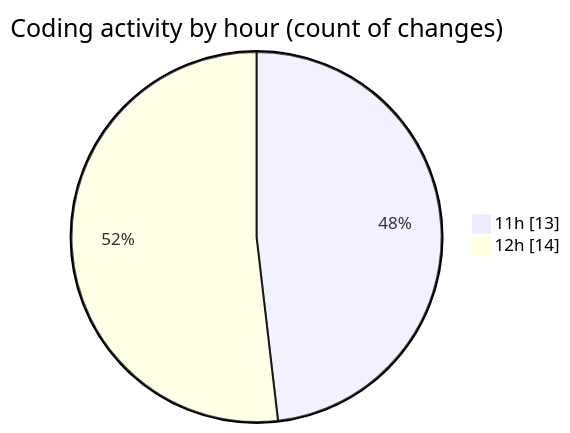
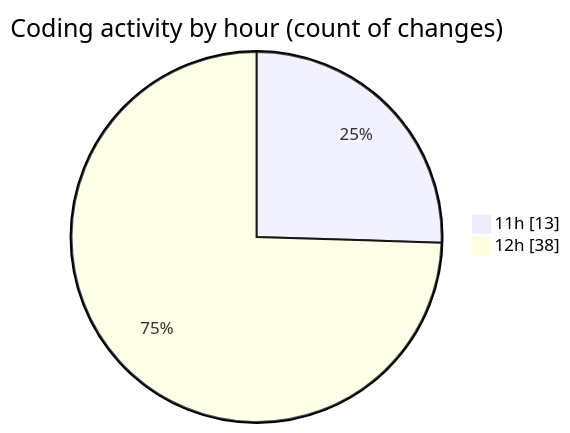
The second of 2 diagrams in 2026-06-17/nxtqube_webapp/README.md (nxtqubesakshisongat/code-tracking), drawn with Mermaid before and after one commit. The commit also changed other lines of this file and 1 other file, not shown here.

````diff
--- a/2026-06-17/nxtqube_webapp/README.md
+++ b/2026-06-17/nxtqube_webapp/README.md
@@ -37,6 +38,6 @@
 ```mermaid
 pie showData
 title Coding activity by hour (count of changes)
 "11h" : 13
-"12h" : 14
+"12h" : 38
 ```
````
